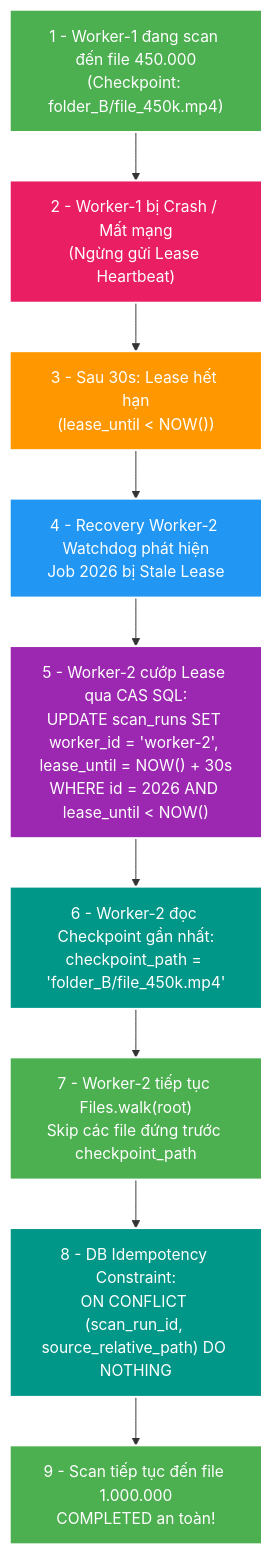
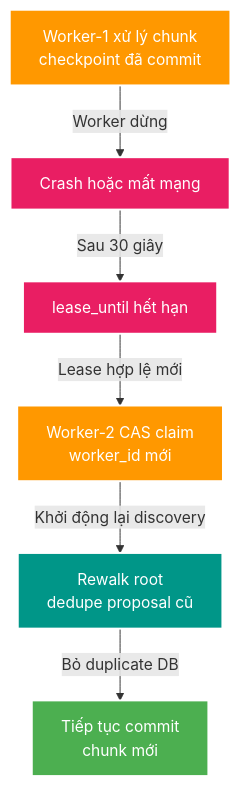
Before and after one commit to HungPhan200591/file-mngt-be-v2: the fourth of 6 diagrams in manual/learning/use-cases/scale-capacity/sc-01-scan-one-million-filesystem-entry/02-architecture-touchpoints-and-flows.md, drawn with Mermaid. The commit also changed other lines of this file and 1 other file, not shown here.

````diff
--- a/manual/learning/use-cases/scale-capacity/sc-01-scan-one-million-filesystem-entry/02-architecture-touchpoints-and-flows.md
+++ b/manual/learning/use-cases/scale-capacity/sc-01-scan-one-million-filesystem-entry/02-architecture-touchpoints-and-flows.md
@@ -252,21 +125,22 @@
 ```mermaid
 flowchart TD
-    START["<font color='white'>1 - Worker-1 đang scan đến file 450.000<br/>(Checkpoint: folder_B/file_450k.mp4)</font>"] --> CRASH["<font color='white'>2 - Worker-1 bị Crash / Mất mạng<br/>(Ngừng gửi Lease Heartbeat)</font>"]
-    CRASH --> TIMEOUT["<font color='white'>3 - Sau 30s: Lease hết hạn<br/>(lease_until < NOW())</font>"]
-    TIMEOUT --> DETECT["<font color='white'>4 - Recovery Worker-2 Watchdog phát hiện<br/>Job 2026 bị Stale Lease</font>"]
-    DETECT --> TAKEOVER["<font color='white'>5 - Worker-2 cướp Lease qua CAS SQL:<br/>UPDATE scan_runs SET worker_id = 'worker-2', lease_until = NOW() + 30s<br/>WHERE id = 2026 AND lease_until < NOW()</font>"]
-    TAKEOVER --> READ_CP["<font color='white'>6 - Worker-2 đọc Checkpoint gần nhất:<br/>checkpoint_path = 'folder_B/file_450k.mp4'</font>"]
-    READ_CP --> RESUME["<font color='white'>7 - Worker-2 tiếp tục Files.walk(root)<br/>Skip các file đứng trước checkpoint_path</font>"]
-    RESUME --> DEDUPE["<font color='white'>8 - DB Idempotency Constraint:<br/>ON CONFLICT (scan_run_id, source_relative_path) DO NOTHING</font>"]
-    DEDUPE --> DONE["<font color='white'>9 - Scan tiếp tục đến file 1.000.000<br/>COMPLETED an toàn!</font>"]
+    RUN["<font color='white'>Worker-1 xử lý chunk<br/>checkpoint đã commit</font>"]
+    CRASH["<font color='white'>Crash hoặc mất mạng</font>"]
+    EXPIRE["<font color='white'>lease_until hết hạn</font>"]
+    CLAIM["<font color='white'>Worker-2 CAS claim<br/>worker_id mới</font>"]
+    REWALK["<font color='white'>Rewalk root<br/>dedupe proposal cũ</font>"]
+    CONTINUE["<font color='white'>Tiếp tục commit<br/>chunk mới</font>"]
 
-    style START fill:#4CAF50,stroke:#fff,stroke-width:2px
+    RUN -->|"Worker dừng"| CRASH
+    CRASH -->|"Sau 30 giây"| EXPIRE
+    EXPIRE -->|"Lease hợp lệ mới"| CLAIM
+    CLAIM -->|"Khởi động lại discovery"| REWALK
+    REWALK -->|"Bỏ duplicate DB"| CONTINUE
+
+    style RUN fill:#FF9800,stroke:#fff,stroke-width:2px
     style CRASH fill:#E91E63,stroke:#fff,stroke-width:2px
-    style TIMEOUT fill:#FF9800,stroke:#fff,stroke-width:2px
-    style DETECT fill:#2196F3,stroke:#fff,stroke-width:2px
-    style TAKEOVER fill:#9C27B0,stroke:#fff,stroke-width:2px
-    style READ_CP fill:#009688,stroke:#fff,stroke-width:2px
-    style RESUME fill:#4CAF50,stroke:#fff,stroke-width:2px
-    style DEDUPE fill:#009688,stroke:#fff,stroke-width:2px
-    style DONE fill:#4CAF50,stroke:#fff,stroke-width:2px
+    style EXPIRE fill:#E91E63,stroke:#fff,stroke-width:2px
+    style CLAIM fill:#FF9800,stroke:#fff,stroke-width:2px
+    style REWALK fill:#009688,stroke:#fff,stroke-width:2px
+    style CONTINUE fill:#4CAF50,stroke:#fff,stroke-width:2px
 ```
````
